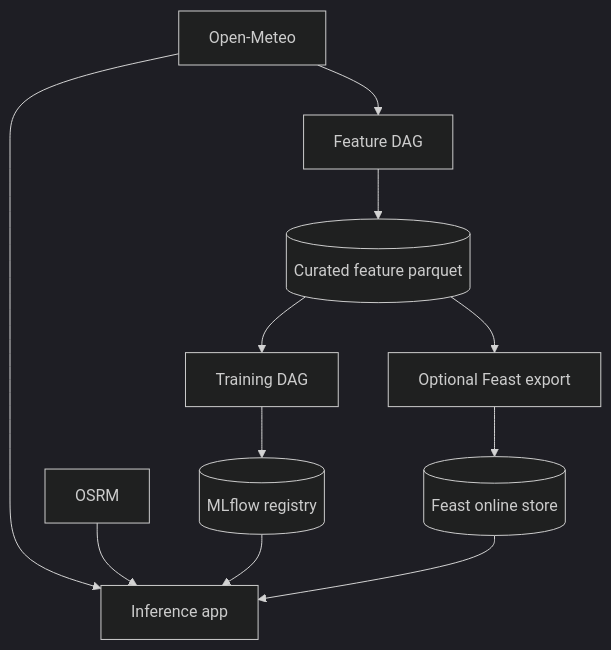
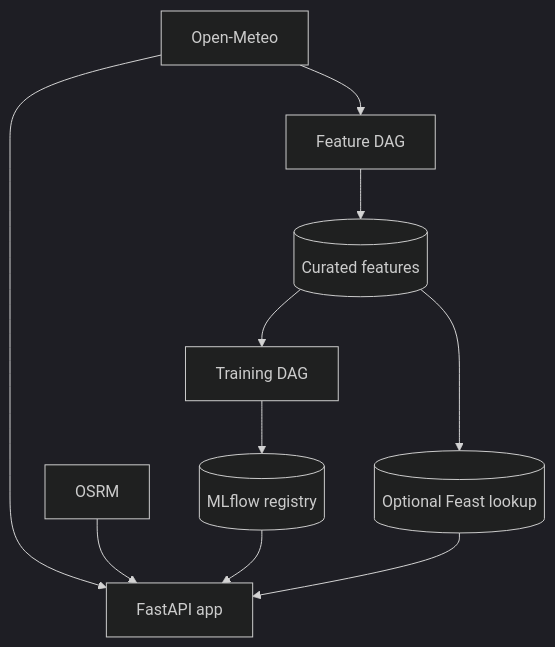
Before and after one commit to javihslu/foehncast: the first of 2 diagrams in docs/site/system/architecture.md, drawn with Mermaid (dark theme). The commit also changed other lines of this file and 18 other files, not shown here.

````diff
--- a/docs/site/system/architecture.md
+++ b/docs/site/system/architecture.md
@@ -7,15 +35,14 @@
-```mermaid
+<div class="mermaid">
 flowchart TD
     OME[Open-Meteo] --> FEAT[Feature DAG]
-    FEAT --> PAR[(Curated feature parquet)]
+    FEAT --> PAR[(Curated features)]
     PAR --> TRAIN[Training DAG]
     TRAIN --> MLF[(MLflow registry)]
 
-    OME --> APP[Inference app]
+    OME --> APP[FastAPI app]
     OSRM[OSRM] --> APP
     MLF --> APP
 
-    PAR --> FEXP[Optional Feast export]
-    FEXP --> FEAST[(Feast online store)]
+    PAR --> FEAST[(Optional Feast lookup)]
     FEAST --> APP
-```
+</div>
````
